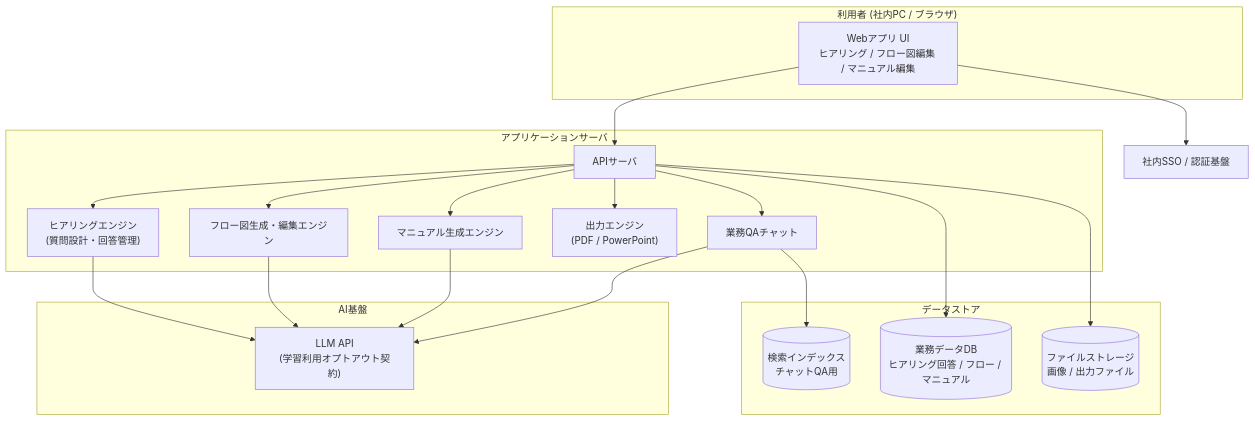
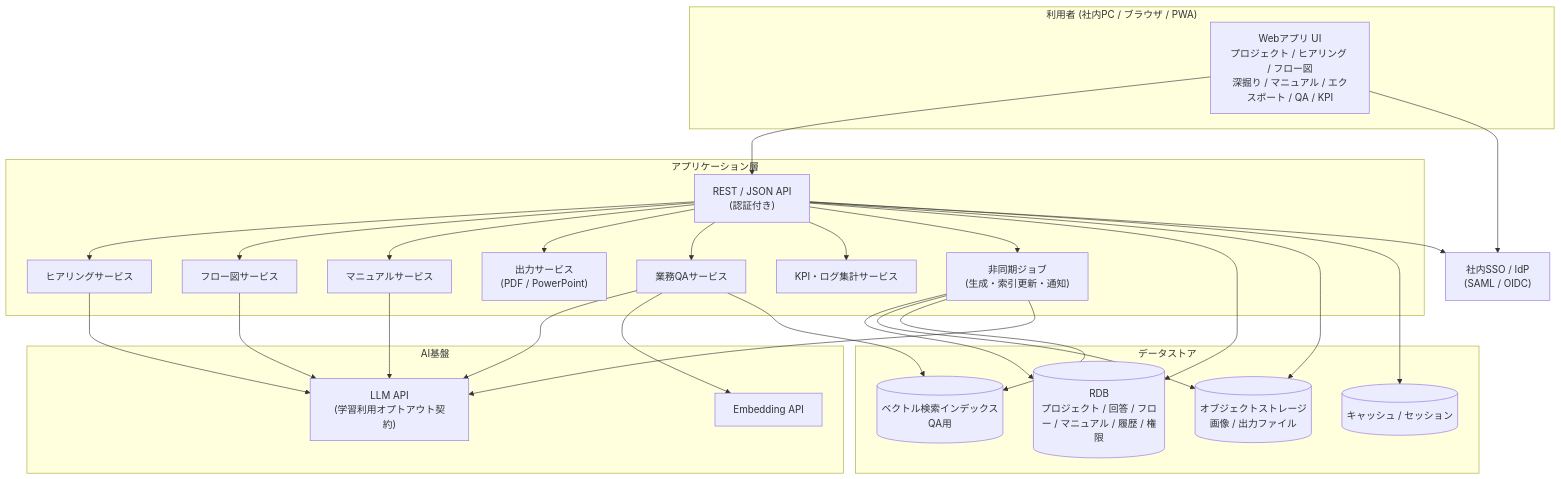
One commit to Tomo0108/RakuManual changed the first of 2 diagrams in docs/要件定義書.md. Above: the diagram before and after it, drawn with Mermaid. The commit also changed other lines of this file and 2 other files, not shown here.

````diff
--- a/docs/要件定義書.md
+++ b/docs/要件定義書.md
@@ -36,34 +46,42 @@
 ```mermaid
 graph TB
-    subgraph クライアント["利用者 (社内PC / ブラウザ)"]
-        UI["Webアプリ UI<br/>ヒアリング / フロー図編集 / マニュアル編集"]
+    subgraph クライアント["利用者 (社内PC / ブラウザ / PWA)"]
+        UI["Webアプリ UI<br/>プロジェクト / ヒアリング / フロー図<br/>深掘り / マニュアル / エクスポート / QA / KPI"]
     end
 
-    subgraph アプリケーション["アプリケーションサーバ"]
-        API["APIサーバ"]
-        HEARING["ヒアリングエンジン<br/>(質問設計・回答管理)"]
-        FLOW["フロー図生成・編集エンジン"]
-        MANUAL["マニュアル生成エンジン"]
-        EXPORT["出力エンジン<br/>(PDF / PowerPoint)"]
-        CHAT["業務QAチャット"]
+    subgraph アプリケーション["アプリケーション層"]
+        API["REST / JSON API<br/>(認証付き)"]
+        HEARING["ヒアリングサービス"]
+        FLOW["フロー図サービス"]
+        MANUAL["マニュアルサービス"]
+        EXPORT["出力サービス<br/>(PDF / PowerPoint)"]
+        CHAT["業務QAサービス"]
+        KPI["KPI・ログ集計サービス"]
+        JOB["非同期ジョブ<br/>(生成・索引更新・通知)"]
     end
 
     subgraph AI["AI基盤"]
         LLM["LLM API<br/>(学習利用オプトアウト契約)"]
+        EMB["Embedding API"]
     end
 
     subgraph データ["データストア"]
-        DB[("業務データDB<br/>ヒアリング回答 / フロー / マニュアル")]
-        STORAGE[("ファイルストレージ<br/>画像 / 出力ファイル")]
-        VECTOR[("検索インデックス<br/>チャットQA用")]
+        DB[("RDB<br/>プロジェクト / 回答 / フロー / マニュアル / 履歴 / 権限")]
+        STORAGE[("オブジェクトストレージ<br/>画像 / 出力ファイル")]
+        VECTOR[("ベクトル検索インデックス<br/>QA用")]
+        CACHE[("キャッシュ / セッション")]
     end
 
-    SSO["社内SSO / 認証基盤"]
+    SSO["社内SSO / IdP<br/>(SAML / OIDC)"]
 
     UI --> API
-    API --> HEARING & FLOW & MANUAL & EXPORT & CHAT
+    API --> HEARING & FLOW & MANUAL & EXPORT & CHAT & KPI
+    API --> JOB
     HEARING & FLOW & MANUAL & CHAT --> LLM
-    API --> DB & STORAGE
+    CHAT --> EMB
+    API --> DB & STORAGE & CACHE
     CHAT --> VECTOR
+    JOB --> DB & STORAGE & VECTOR & LLM
     UI --> SSO
+    API --> SSO
 ```
````
